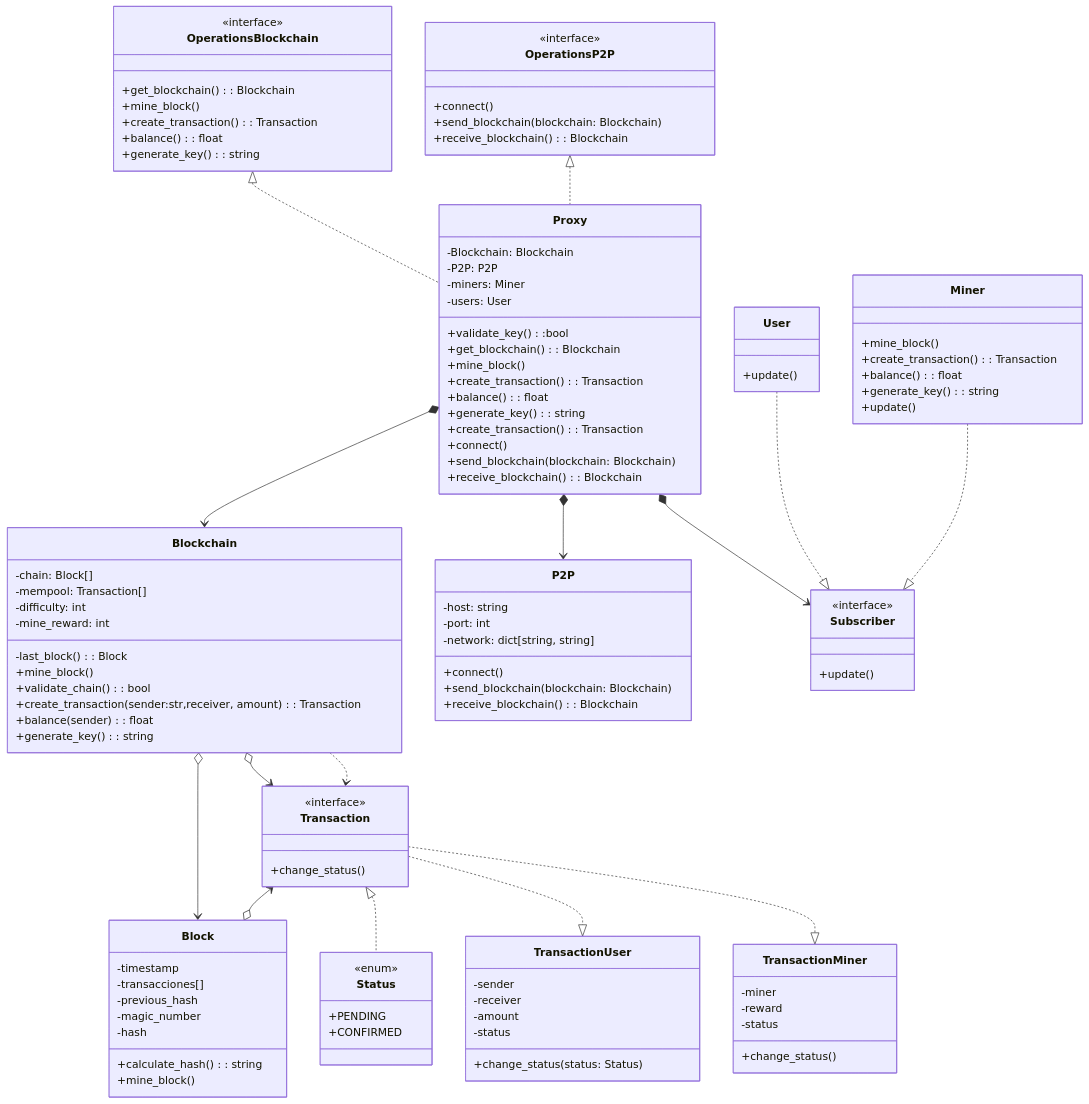
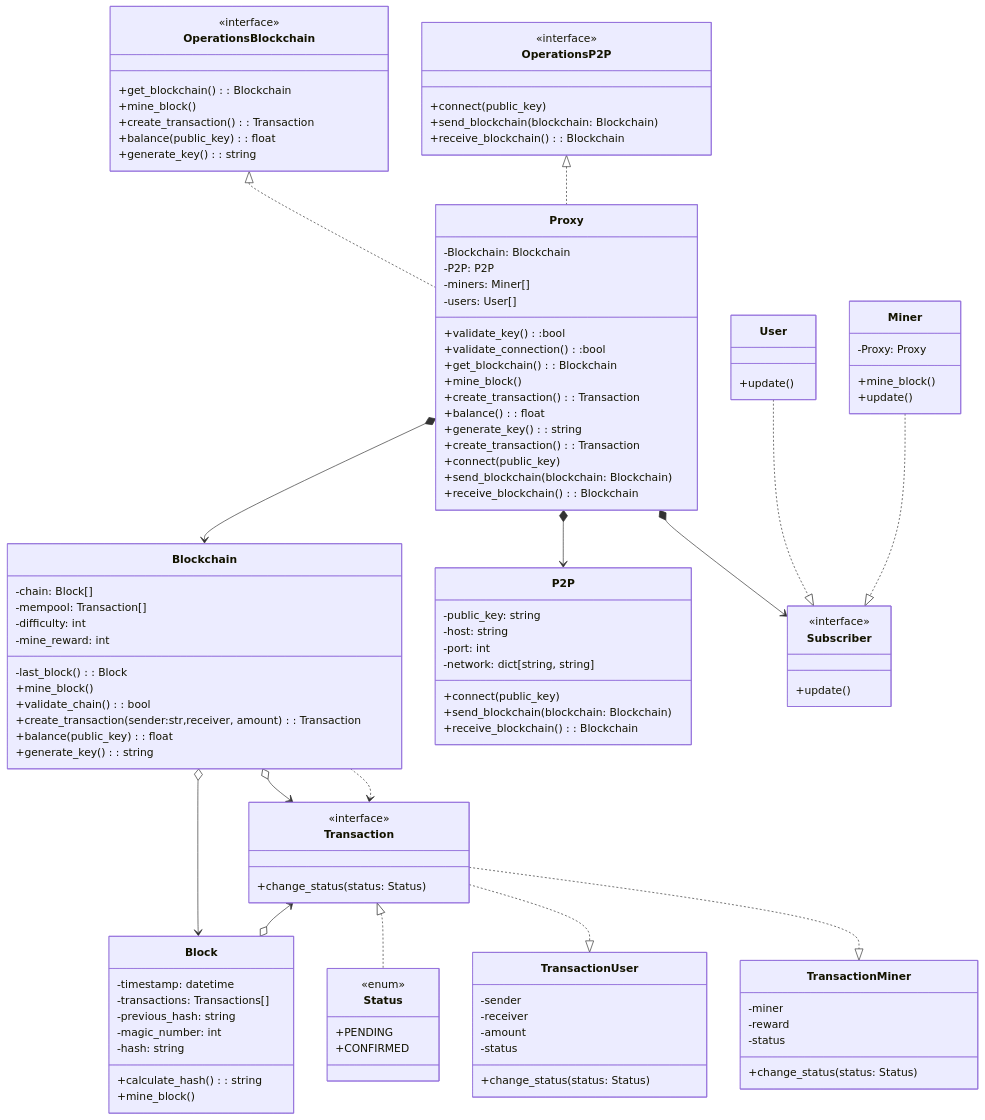
Before and after one commit to Salvador025/Crypto: the diagram in UML.md, drawn with Mermaid.

Commit message:
better organisation for future changes

````diff
--- a/UML.md
+++ b/UML.md
@@ -4,19 +4,36 @@
 ```mermaid
 classDiagram
 
-class Proxy{
+    class OperationsP2P{
+        <<interface>>
+        +connect(public_key)
+        +send_blockchain(blockchain: Blockchain)
+        +receive_blockchain(): Blockchain
+    }
+
+    class OperationsBlockchain{
+        <<interface>>
+        +get_blockchain(): Blockchain
+        +mine_block()
+        +create_transaction(): Transaction
+        +balance(public_key): float
+        +generate_key(): string
+    }
+    
+    class Proxy{
         -Blockchain: Blockchain
         -P2P: P2P
-        -miners: Miner
-        -users: User
+        -miners: Miner[]
+        -users: User[]
         +validate_key():bool
+        +validate_connection():bool
         +get_blockchain(): Blockchain
         +mine_block()
         +create_transaction(): Transaction
         +balance(): float
         +generate_key(): string
         +create_transaction(): Transaction
-        +connect()
+        +connect(public_key)
         +send_blockchain(blockchain: Blockchain)
         +receive_blockchain(): Blockchain
     }
@@ -30,31 +47,16 @@
         +mine_block()
         +validate_chain(): bool
         +create_transaction(sender:str,receiver, amount): Transaction
-        +balance(sender): float
-        +generate_key(): string
-    }
-
-    class OperationsBlockchain{
-        <<interface>>
-        +get_blockchain(): Blockchain
-        +mine_block()
-        +create_transaction(): Transaction
-        +balance(): float
+        +balance(public_key): float
         +generate_key(): string
     }
 
     class P2P{
+        -public_key: string
         -host: string
         -port: int
         -network: dict[string, string]
-        +connect()
-        +send_blockchain(blockchain: Blockchain)
-        +receive_blockchain(): Blockchain
-    }
-
-    class OperationsP2P{
-        <<interface>>
-        +connect()
+        +connect(public_key)
         +send_blockchain(blockchain: Blockchain)
         +receive_blockchain(): Blockchain
     }
@@ -65,10 +67,8 @@
     }
 
     class Miner{
+        -Proxy: Proxy
         +mine_block()
-        +create_transaction(): Transaction
-        +balance(): float
-        +generate_key(): string
         +update()
     }
 
@@ -77,11 +77,11 @@
     }
 
     class Block{
-        -timestamp
-        -transacciones[]
-        -previous_hash
-        -magic_number
-        -hash
+        -timestamp: datetime
+        -transactions: Transactions[]
+        -previous_hash: string
+        -magic_number: int
+        -hash: string
 
         +calculate_hash(): string
         +mine_block()
@@ -89,7 +89,7 @@
 
     class Transaction{
         <<interface>>
-        +change_status()
+        +change_status(status: Status)
     }
 
     class Status{
@@ -110,7 +110,7 @@
         -miner
         -reward
         -status
-        +change_status()
+        +change_status(status: Status)
     }
 
     
````
